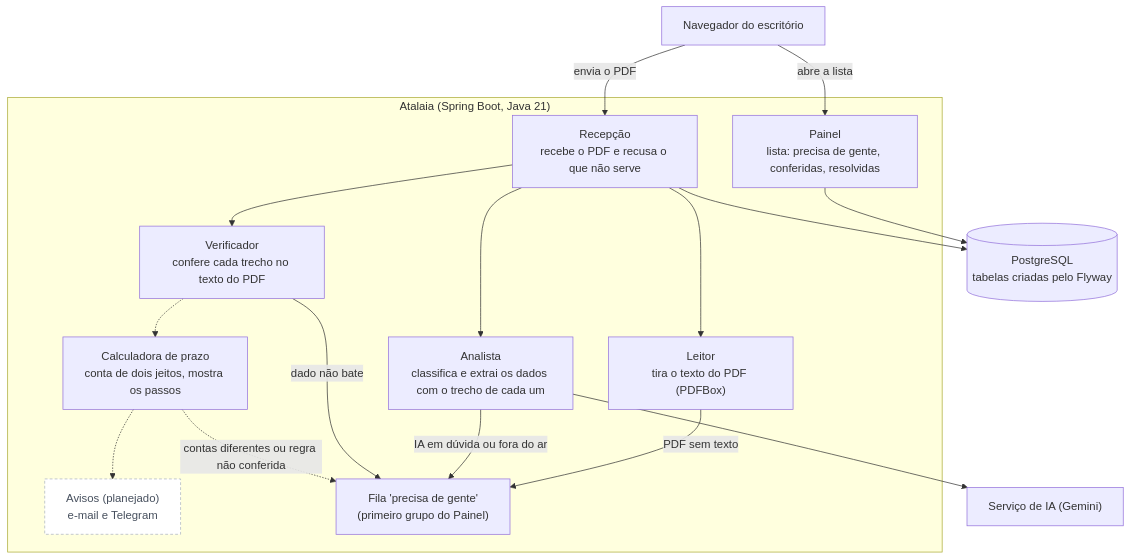
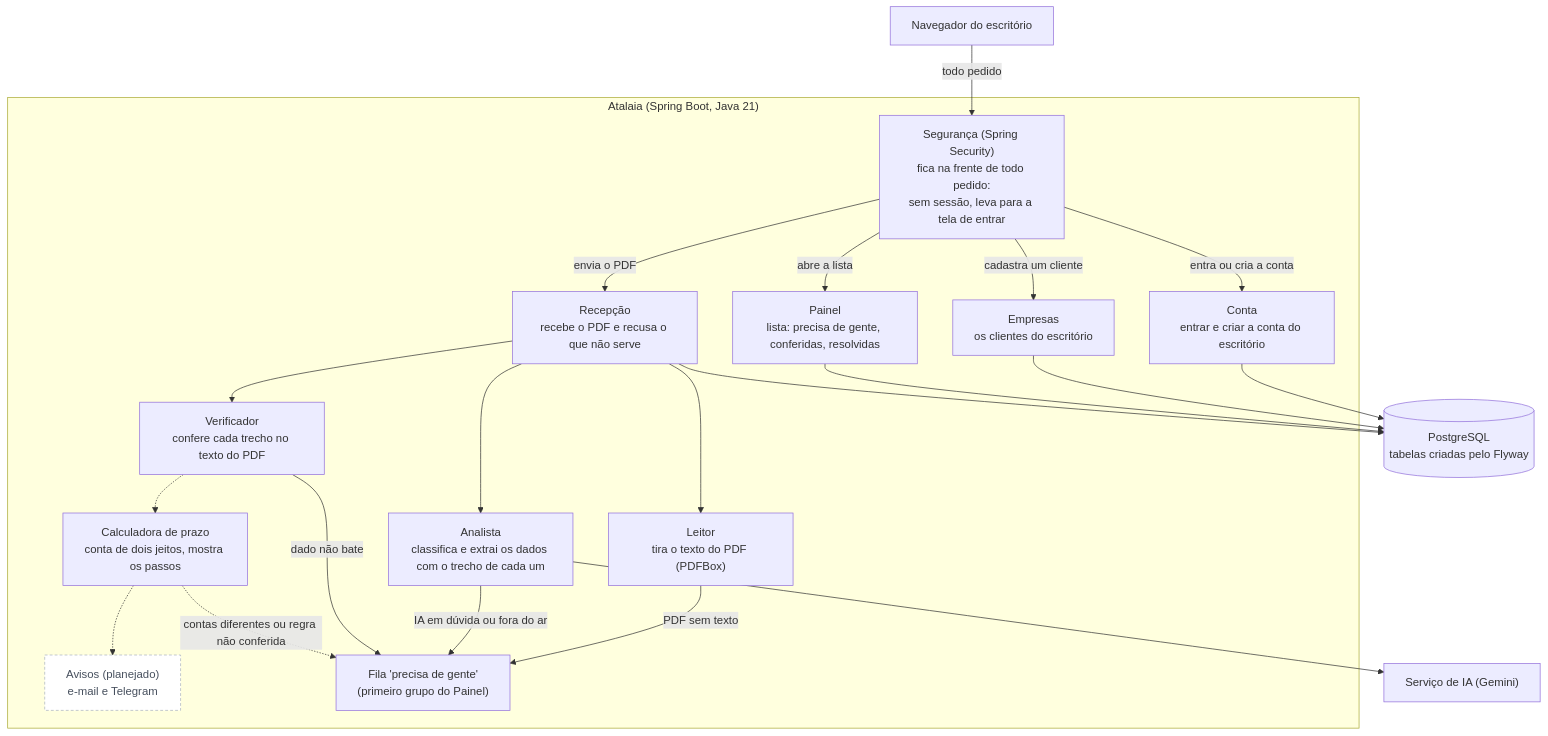
The second of 8 diagrams in docs/04-arquitetura/arquitetura.md (namtech-agents/atalaia), drawn with Mermaid before and after one commit. The commit also changed other lines of this file and 1 other file, not shown here.

Commit message:
docs: login, escritório, tela Empresas e as migrações V5 e V6 nos diagramas e no README (#160)

````diff
--- a/docs/04-arquitetura/arquitetura.md
+++ b/docs/04-arquitetura/arquitetura.md
@@ -58,36 +64,44 @@
 ```mermaid
 flowchart TB
     navegador["Navegador do escritório"]
 
     subgraph app["Atalaia (Spring Boot, Java 21)"]
+        seguranca["Segurança (Spring Security)<br/>fica na frente de todo pedido:<br/>sem sessão, leva para a tela de entrar"]
+        conta["Conta<br/>entrar e criar a conta do escritório"]
+        empresas["Empresas<br/>os clientes do escritório"]
         painel["Painel<br/>lista: precisa de gente, conferidas, resolvidas"]
         recepcao["Recepção<br/>recebe o PDF e recusa o que não serve"]
         leitor["Leitor<br/>tira o texto do PDF (PDFBox)"]
         analista["Analista<br/>classifica e extrai os dados com o trecho de cada um"]
         verificador["Verificador<br/>confere cada trecho no texto do PDF"]
         calculadora["Calculadora de prazo<br/>conta de dois jeitos, mostra os passos"]
         avisos["Avisos (planejado)<br/>e-mail e Telegram"]
         revisao["Fila 'precisa de gente'<br/>(primeiro grupo do Painel)"]
     end
 
     banco[("PostgreSQL<br/>tabelas criadas pelo Flyway")]
     ia["Serviço de IA (Gemini)"]
 
-    navegador -->|abre a lista| painel
+    navegador -->|todo pedido| seguranca
+    seguranca -->|entra ou cria a conta| conta
+    seguranca -->|cadastra um cliente| empresas
+    seguranca -->|abre a lista| painel
+    seguranca -->|envia o PDF| recepcao
+    conta --> banco
+    empresas --> banco
     painel --> banco
-    navegador -->|envia o PDF| recepcao
     recepcao --> leitor
     recepcao --> analista
     analista --> ia
     recepcao --> verificador
     verificador -.-> calculadora
     calculadora -.-> avisos
     recepcao --> banco
     leitor -->|PDF sem texto| revisao
     analista -->|IA em dúvida ou fora do ar| revisao
     verificador -->|dado não bate| revisao
     calculadora -.->|contas diferentes ou regra não conferida| revisao
 
     classDef planejado fill:#ffffff,stroke:#aab3bf,stroke-dasharray:4 3,color:#47505e
     class avisos planejado
 ```
````
